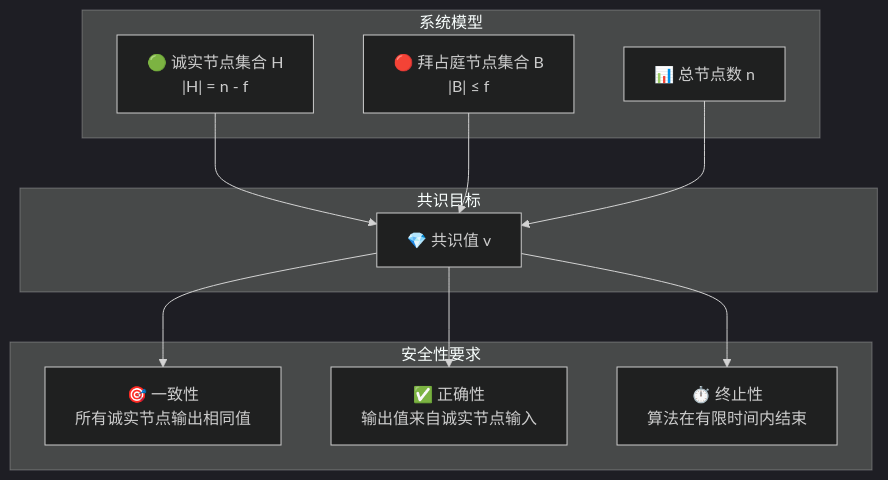
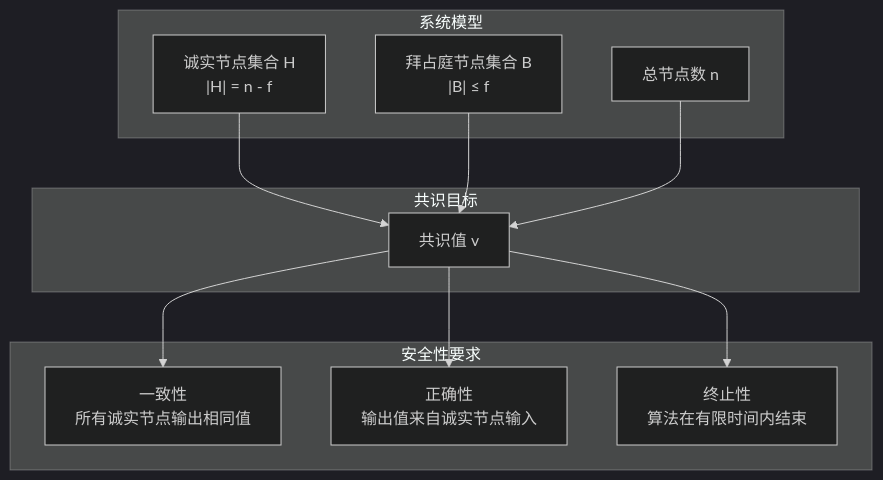
Before and after one commit to jsalessandro/lesshash: the second of 6 diagrams in content/posts/distributed-01-byzantine-generals.md, drawn with Mermaid (dark theme). The commit also changed other lines of this file and 4 other files, not shown here.

Commit message:
feat: Add Mermaid support for enhanced diagram rendering in posts

````diff
--- a/content/posts/distributed-01-byzantine-generals.md
+++ b/content/posts/distributed-01-byzantine-generals.md
@@ -79,25 +79,25 @@
 ```mermaid
 flowchart TD
     subgraph "系统模型"
-        A["🟢 诚实节点集合 H<br/>|H| = n - f"]
-        B["🔴 拜占庭节点集合 B<br/>|B| ≤ f"]
-        C["📊 总节点数 n"]
+        A["诚实节点集合 H<br/>|H| = n - f"]
+        B["拜占庭节点集合 B<br/>|B| ≤ f"]
+        C["总节点数 n"]
     end
 
     subgraph "共识目标"
-        D["💎 共识值 v"]
+        D["共识值 v"]
     end
 
     subgraph "安全性要求"
-        F["🎯 一致性<br/>所有诚实节点输出相同值"]
-        G["✅ 正确性<br/>输出值来自诚实节点输入"]
-        H["⏱️ 终止性<br/>算法在有限时间内结束"]
+        F["一致性<br/>所有诚实节点输出相同值"]
+        G["正确性<br/>输出值来自诚实节点输入"]
+        H["终止性<br/>算法在有限时间内结束"]
     end
 
     A --> D
     B --> D
     C --> D
     D --> F
     D --> G
     D --> H
 ```
````
